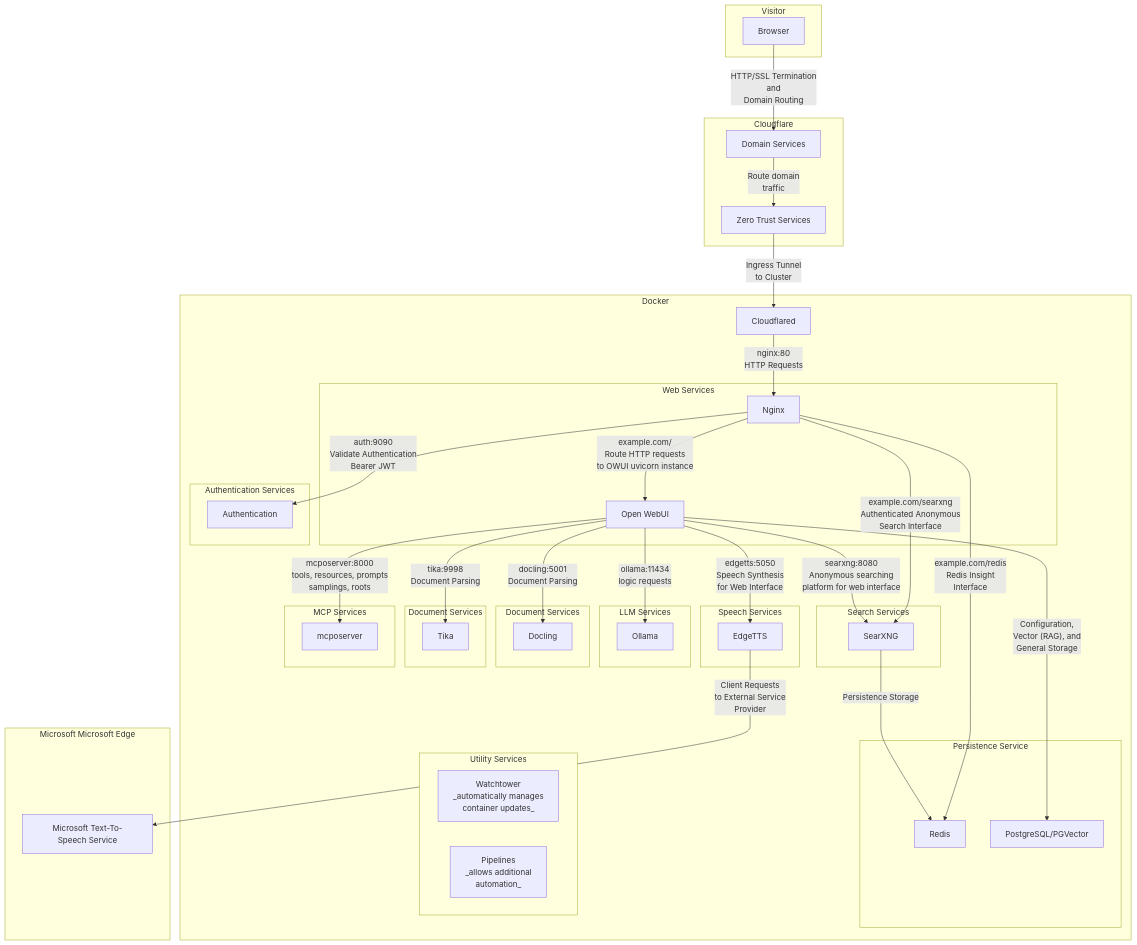
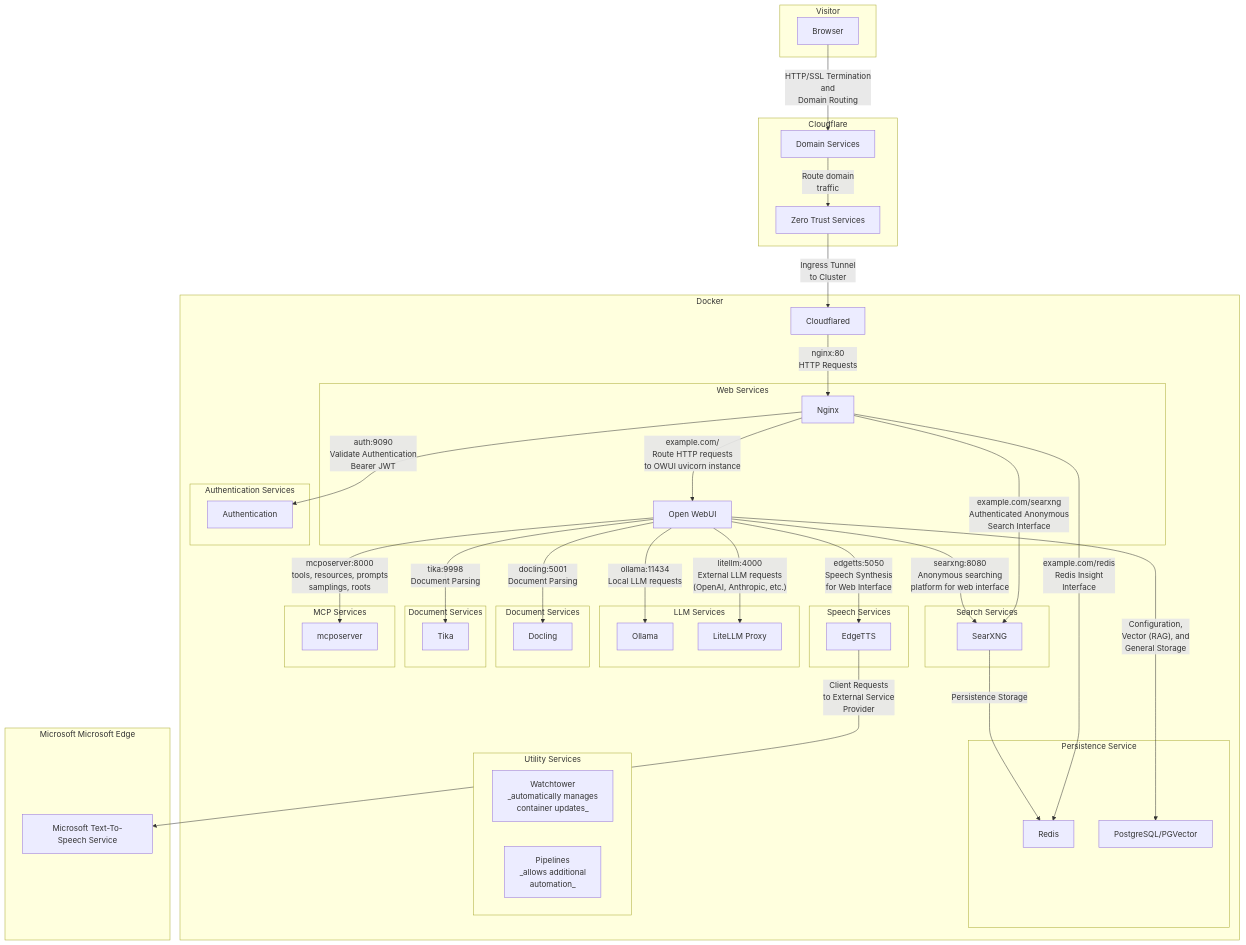
The diagram in docs/service-architecture-diagram.md (iamobservable/open-webui-starter), drawn with Mermaid before and after one commit. The commit also changed 81 other files, not shown here.

```diff
--- a/docs/service-architecture-diagram.md
+++ b/docs/service-architecture-diagram.md
@@ -82,11 +82,17 @@
 
         subgraph LLM Services
             ollama[Ollama]
+            litellm[LiteLLM Proxy]
         end
 
-        openwebui -- ""ollama:11434
-            logic requests
+        openwebui -- "ollama:11434"
+            Local LLM requests
         --> ollama
+
+        openwebui -- "litellm:4000"
+            External LLM requests
+            (OpenAI, Anthropic, etc.)
+        --> litellm
 
         subgraph Document Services
             docling[Docling]
```
